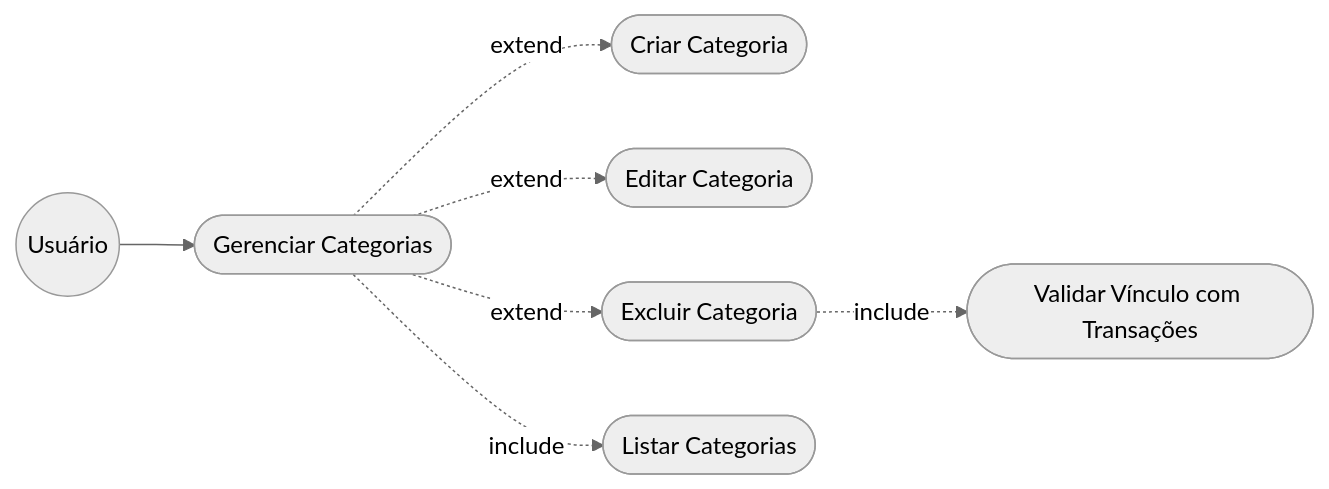
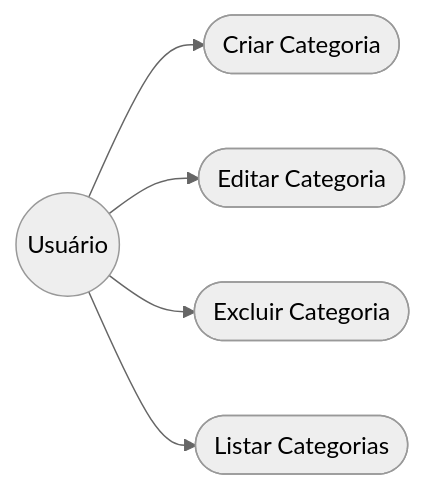
One commit to NEXA-project-br/NEXA changed the third of 7 diagrams in relacionamento/dcu.md. Above: the diagram before and after it, drawn with Mermaid (neutral theme). The commit also changed other lines of this file, not shown here.

Commit message:
Refactor mermaid diagrams for user interactions

````diff
--- a/relacionamento/dcu.md
+++ b/relacionamento/dcu.md
@@ -47,20 +39,14 @@
 ```mermaid
 graph LR
   U((Usuário))
-  RF03([Gerenciar Categorias])
 
   A1([Criar Categoria])
   A2([Editar Categoria])
   A3([Excluir Categoria])
   A4([Listar Categorias])
-  A5([Validar Vínculo com Transações])
 
-  U --> RF03
-
-  RF03 -.->|include| A4
-  RF03 -.->|extend| A1
-  RF03 -.->|extend| A2
-  RF03 -.->|extend| A3
-
-  A3 -.->|include| A5
+  U --> A1
+  U --> A2
+  U --> A3
+  U --> A4
 ```
````
